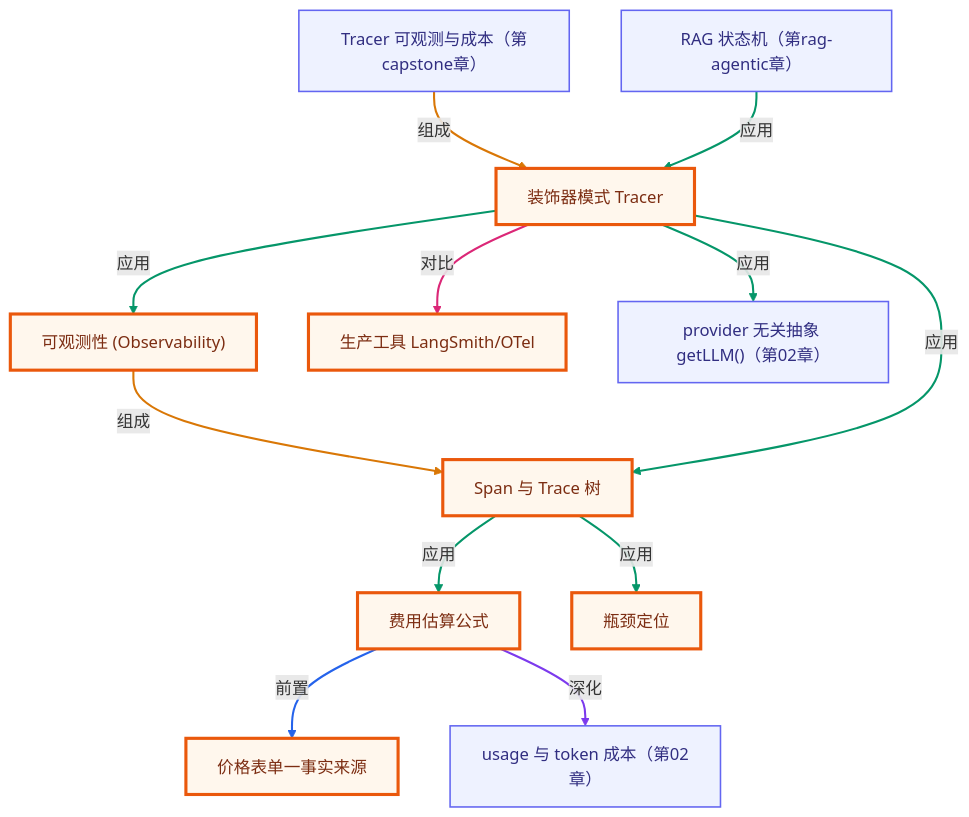
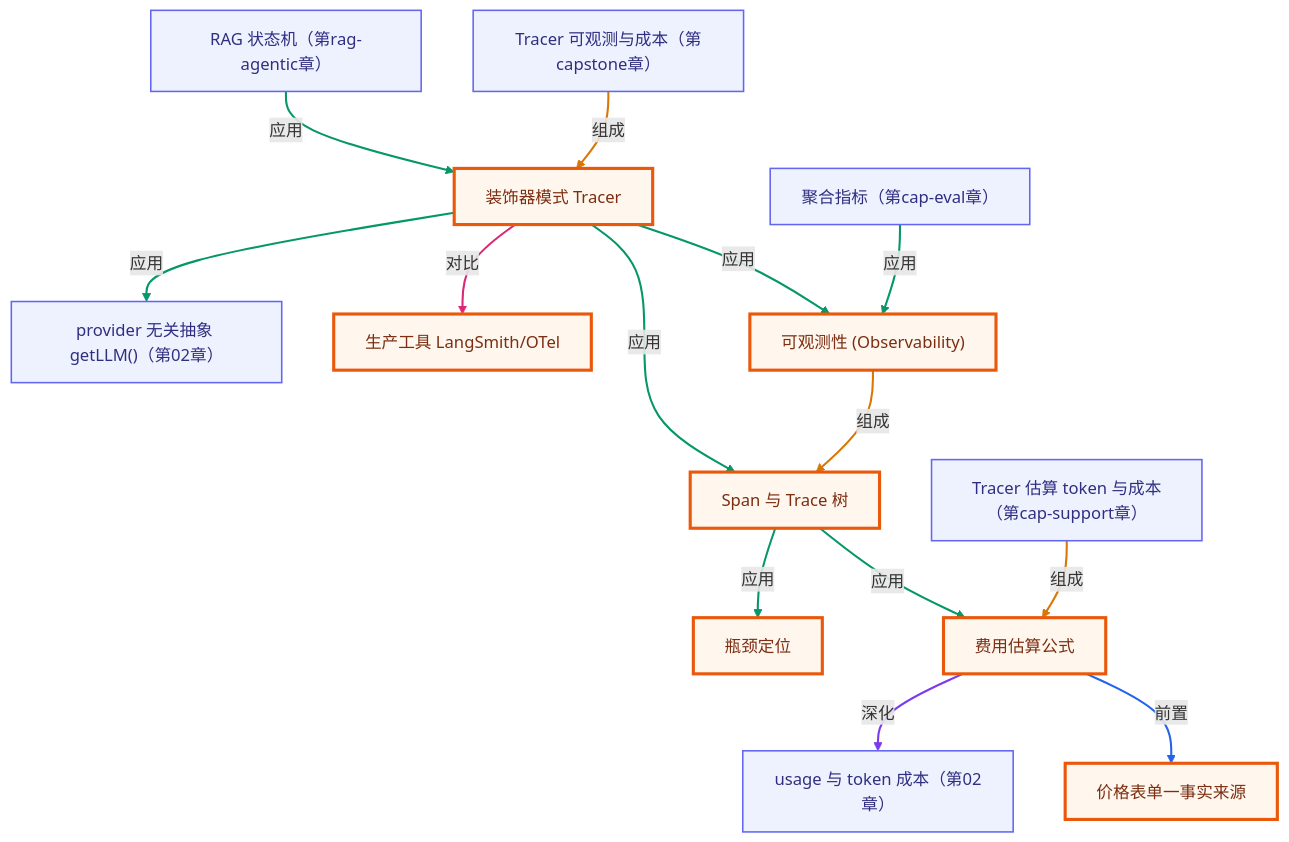
Before and after one commit to songuu/agent: the second of 2 diagrams in lessons/16-observability-and-cost/README.md, drawn with Mermaid. The commit also changed other lines of this file and 46 other files, not shown here.

````diff
--- a/lessons/16-observability-and-cost/README.md
+++ b/lessons/16-observability-and-cost/README.md
@@ -258,40 +258,46 @@
 ```mermaid
 graph TB
   classDef own fill:#fff7ed,stroke:#ea580c,stroke-width:3px,color:#7c2d12;
   classDef cross fill:#eef2ff,stroke:#6366f1,stroke-width:1.5px,color:#312e81;
   n_c16_observability["可观测性 (Observability)"]
   n_c16_span_trace_tree["Span 与 Trace 树"]
   n_c16_decorator_tracer["装饰器模式 Tracer"]
   n_c16_cost_estimation["费用估算公式"]
   n_c16_price_table["价格表单一事实来源"]
   n_c16_bottleneck_location["瓶颈定位"]
   n_c16_production_tooling["生产工具 LangSmith/OTel"]
   n_c02_usage_token["usage 与 token 成本（第02章）"]
   n_c02_get_llm_abstraction["provider 无关抽象 getLLM()（第02章）"]
   n_ccapstone_tracer_cost["Tracer 可观测与成本（第capstone章）"]
+  n_csup_observability["Tracer 估算 token 与成本（第cap-support章）"]
+  n_cev_metrics["聚合指标（第cap-eval章）"]
   n_cragagentic_state_machine["RAG 状态机（第rag-agentic章）"]
   n_c16_observability -->|组成| n_c16_span_trace_tree
   n_c16_decorator_tracer -->|应用| n_c16_observability
   n_c16_decorator_tracer -->|应用| n_c16_span_trace_tree
   n_c16_cost_estimation -->|前置| n_c16_price_table
   n_c16_span_trace_tree -->|应用| n_c16_cost_estimation
   n_c16_span_trace_tree -->|应用| n_c16_bottleneck_location
   n_c16_decorator_tracer -->|对比| n_c16_production_tooling
   n_c16_cost_estimation -->|深化| n_c02_usage_token
   n_c16_decorator_tracer -->|应用| n_c02_get_llm_abstraction
   n_ccapstone_tracer_cost -->|组成| n_c16_decorator_tracer
+  n_csup_observability -->|组成| n_c16_cost_estimation
+  n_cev_metrics -->|应用| n_c16_observability
   n_cragagentic_state_machine -->|应用| n_c16_decorator_tracer
   class n_c16_observability,n_c16_span_trace_tree,n_c16_decorator_tracer,n_c16_cost_estimation,n_c16_price_table,n_c16_bottleneck_location,n_c16_production_tooling own;
-  class n_c02_usage_token,n_c02_get_llm_abstraction,n_ccapstone_tracer_cost,n_cragagentic_state_machine cross;
+  class n_c02_usage_token,n_c02_get_llm_abstraction,n_ccapstone_tracer_cost,n_csup_observability,n_cev_metrics,n_cragagentic_state_machine cross;
   linkStyle 0 stroke:#d97706,stroke-width:2px;
   linkStyle 1 stroke:#059669,stroke-width:2px;
   linkStyle 2 stroke:#059669,stroke-width:2px;
   linkStyle 3 stroke:#2563eb,stroke-width:2px;
   linkStyle 4 stroke:#059669,stroke-width:2px;
   linkStyle 5 stroke:#059669,stroke-width:2px;
   linkStyle 6 stroke:#db2777,stroke-width:2px;
   linkStyle 7 stroke:#7c3aed,stroke-width:2px;
   linkStyle 8 stroke:#059669,stroke-width:2px;
   linkStyle 9 stroke:#d97706,stroke-width:2px;
-  linkStyle 10 stroke:#059669,stroke-width:2px;
+  linkStyle 10 stroke:#d97706,stroke-width:2px;
+  linkStyle 11 stroke:#059669,stroke-width:2px;
+  linkStyle 12 stroke:#059669,stroke-width:2px;
 ```
````
